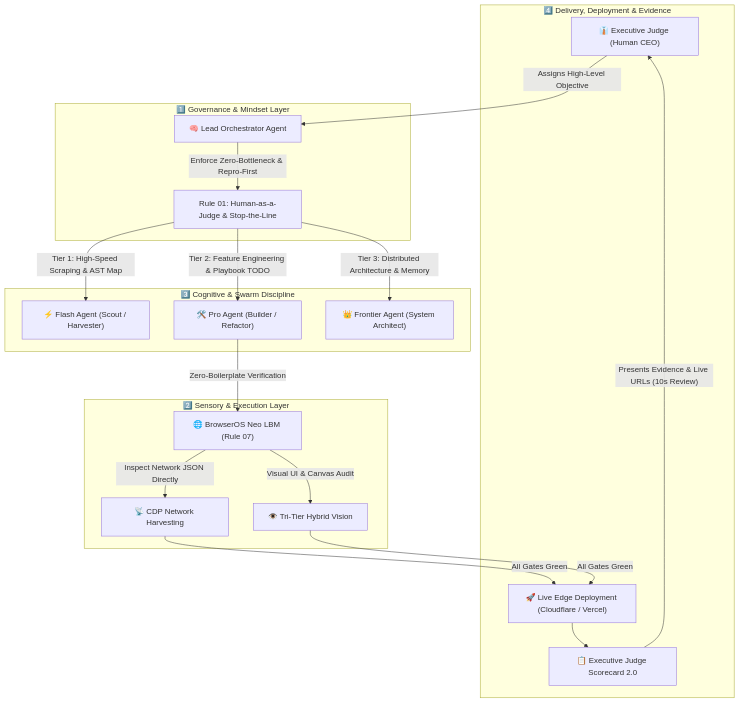
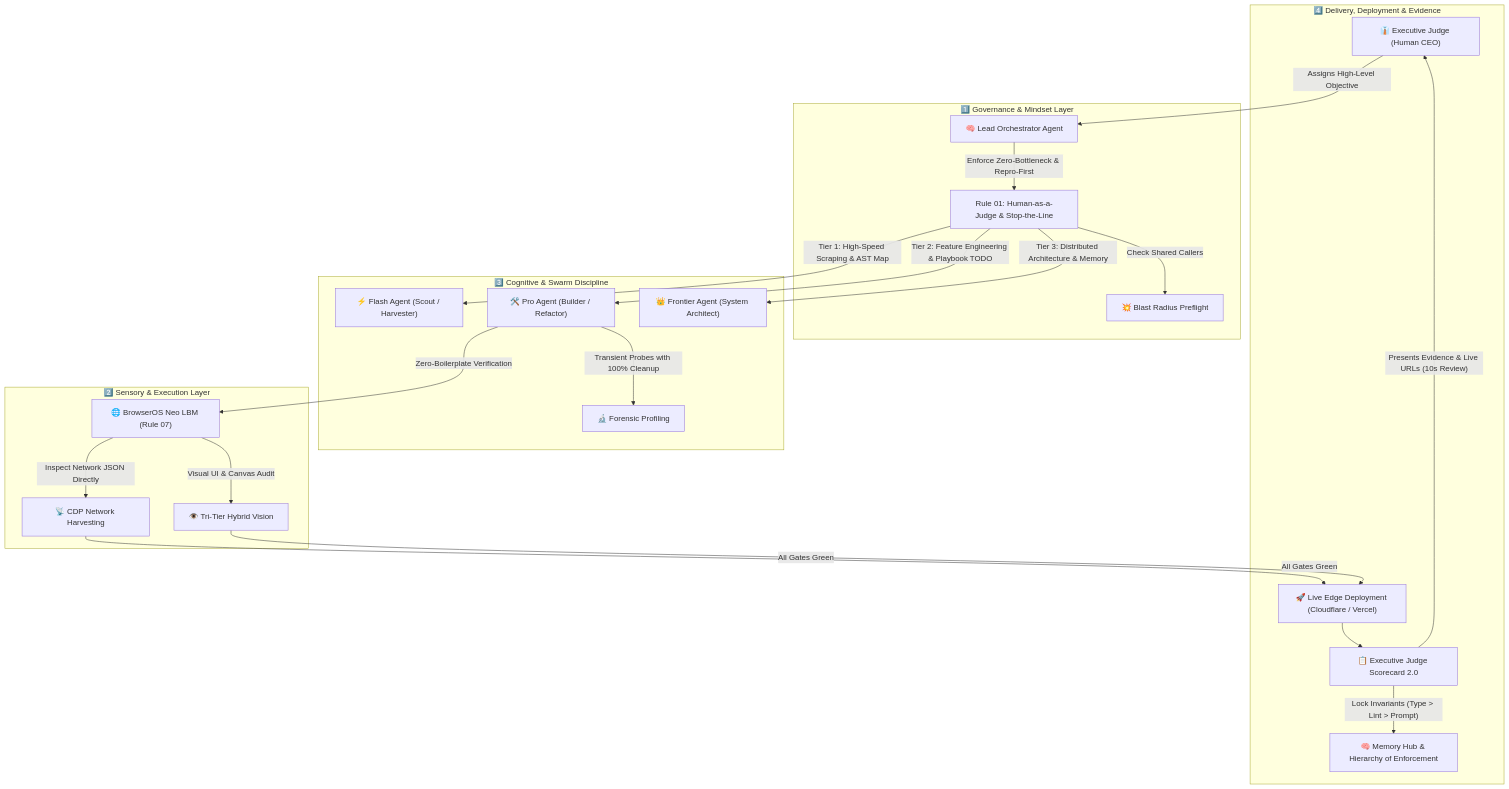
Before and after one commit to aranyuth/agentic-ceo-protocol: the diagram in README.md, drawn with Mermaid. The commit also changed other lines of this file and 4 other files, not shown here.

Commit message:
feat: upgrade to v2.1.0 with Hierarchy of Enforcement, Blast Radius preflight, and Transient Probe guardrails

````diff
--- a/README.md
+++ b/README.md
@@ -39,26 +41,29 @@
 ```mermaid
 flowchart TD
     User["👔 Executive Judge (Human CEO)"] -->|"Assigns High-Level Objective"| Lead["🧠 Lead Orchestrator Agent"]
 
     subgraph D1 ["1️⃣ Governance & Mindset Layer"]
         Lead -->|"Enforce Zero-Bottleneck & Repro-First"| Gov["Rule 01: Human-as-a-Judge & Stop-the-Line"]
+        Gov -->|"Check Shared Callers"| Blast["💥 Blast Radius Preflight"]
     end
 
     subgraph D3 ["3️⃣ Cognitive & Swarm Discipline"]
         Gov -->|"Tier 1: High-Speed Scraping & AST Map"| Flash["⚡ Flash Agent (Scout / Harvester)"]
         Gov -->|"Tier 2: Feature Engineering & Playbook TODO"| Pro["🛠️ Pro Agent (Builder / Refactor)"]
         Gov -->|"Tier 3: Distributed Architecture & Memory"| Frontier["👑 Frontier Agent (System Architect)"]
+        Pro -->|"Transient Probes with 100% Cleanup"| Forensics["🔬 Forensic Profiling"]
     end
 
     subgraph D2 ["2️⃣ Sensory & Execution Layer"]
         Pro -->|"Zero-Boilerplate Verification"| LBM["🌐 BrowserOS Neo LBM (Rule 07)"]
         LBM -->|"Inspect Network JSON Directly"| CDP["📡 CDP Network Harvesting"]
         LBM -->|"Visual UI & Canvas Audit"| Vision["👁️ Tri-Tier Hybrid Vision"]
     end
 
     subgraph D4 ["4️⃣ Delivery, Deployment & Evidence"]
         CDP & Vision -->|"All Gates Green"| Deploy["🚀 Live Edge Deployment (Cloudflare / Vercel)"]
         Deploy --> Scorecard["📋 Executive Judge Scorecard 2.0"]
+        Scorecard -->|"Lock Invariants (Type > Lint > Prompt)"| Memory["🧠 Memory Hub & Hierarchy of Enforcement"]
         Scorecard -->|"Presents Evidence & Live URLs (10s Review)"| User
     end
 ```
````
